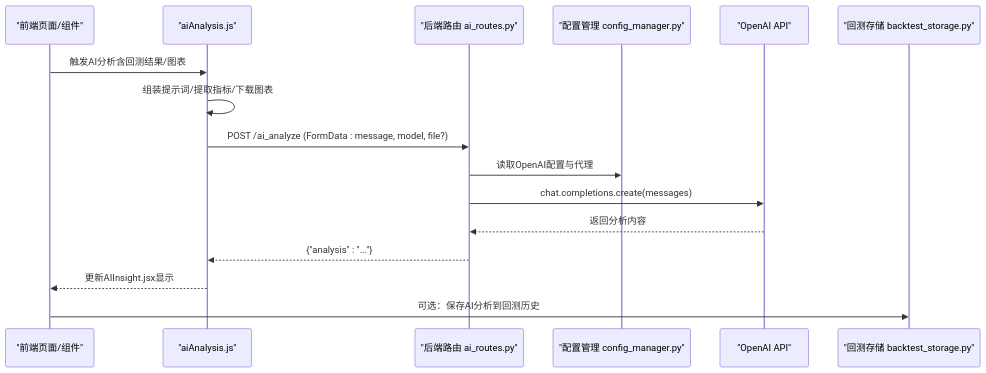
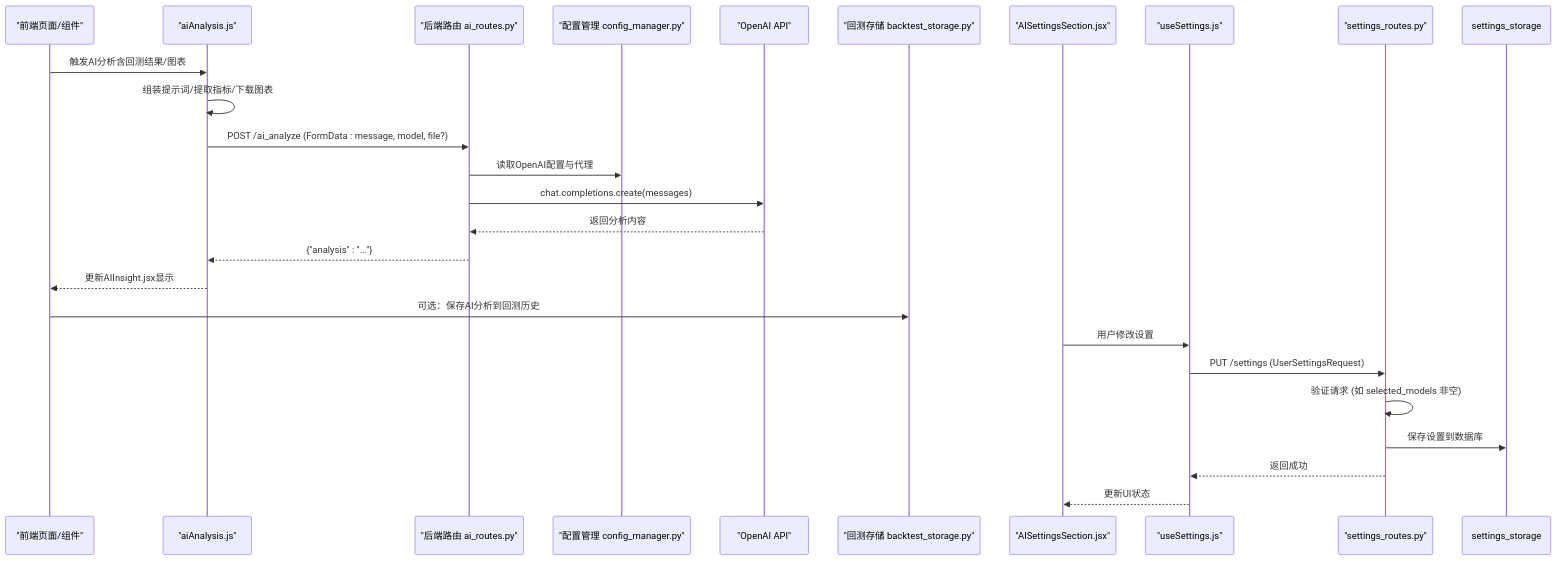
The second of 9 diagrams in .qoder/repowiki/zh/content/核心功能详解/AI智能分析.md (faryhuo/backtrader), drawn with Mermaid before and after one commit. The commit also changed other lines of this file and 8 other files, not shown here.

````diff
--- a/.qoder/repowiki/zh/content/核心功能详解/AI智能分析.md
+++ b/.qoder/repowiki/zh/content/核心功能详解/AI智能分析.md
@@ -131,18 +167,27 @@
 ```mermaid
 sequenceDiagram
 participant UI as "前端页面/组件"
 participant FE as "aiAnalysis.js"
-participant API as "后端路由 ai_routes.py"
+participant API_AI as "后端路由 ai_routes.py"
 participant CFG as "配置管理 config_manager.py"
 participant OAI as "OpenAI API"
 participant DB as "回测存储 backtest_storage.py"
+participant SET_UI as "AISettingsSection.jsx"
+participant SET_HOOK as "useSettings.js"
+participant SET_API as "settings_routes.py"
 UI->>FE : 触发AI分析含回测结果/图表
 FE->>FE : 组装提示词/提取指标/下载图表
-FE->>API : POST /ai_analyze (FormData : message, model, file?)
-API->>CFG : 读取OpenAI配置与代理
-API->>OAI : chat.completions.create(messages)
-OAI-->>API : 返回分析内容
-API-->>FE : {"analysis" : "..."}
+FE->>API_AI : POST /ai_analyze (FormData : message, model, file?)
+API_AI->>CFG : 读取OpenAI配置与代理
+API_AI->>OAI : chat.completions.create(messages)
+OAI-->>API_AI : 返回分析内容
+API_AI-->>FE : {"analysis" : "..."}
 FE-->>UI : 更新AIInsight.jsx显示
 UI->>DB : 可选：保存AI分析到回测历史
+SET_UI->>SET_HOOK : 用户修改设置
+SET_HOOK->>SET_API : PUT /settings (UserSettingsRequest)
+SET_API->>SET_API : 验证请求 (如 selected_models 非空)
+SET_API->>settings_storage : 保存设置到数据库
+SET_API-->>SET_HOOK : 返回成功
+SET_HOOK-->>SET_UI : 更新UI状态
 ```
````
